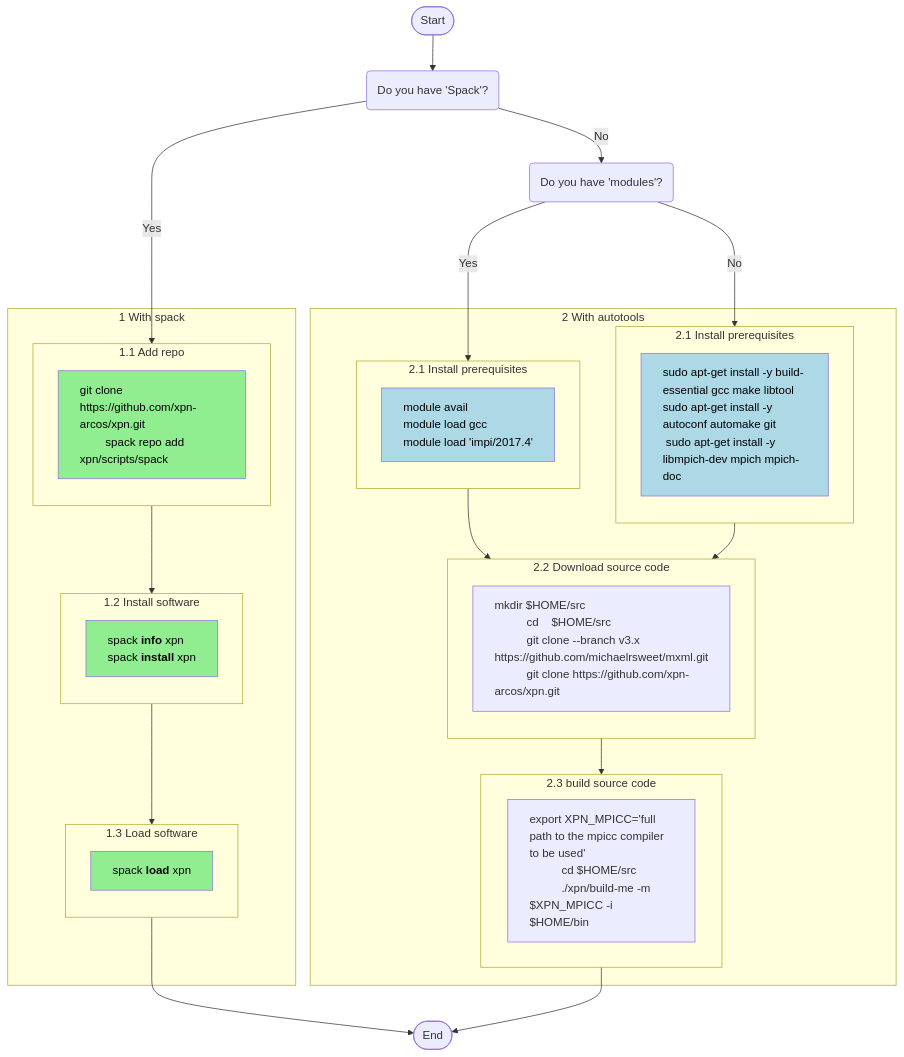
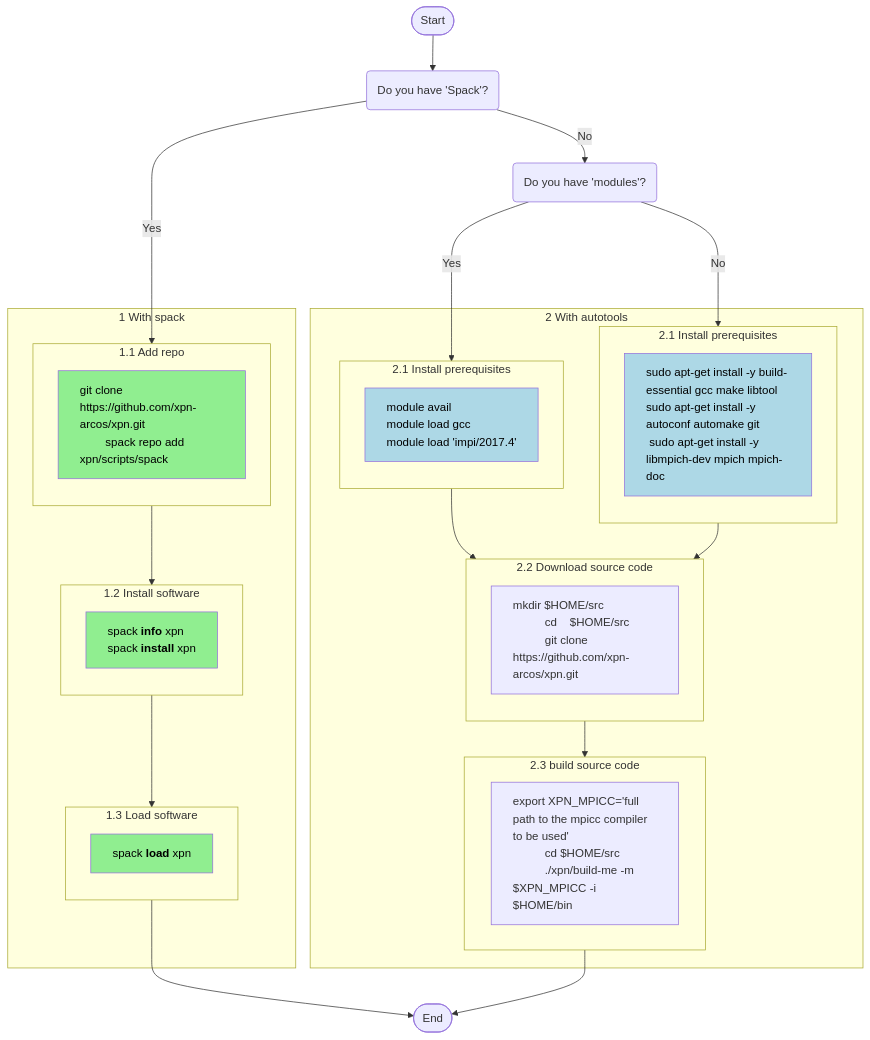
Before and after one commit to xpn-arcos/xpn: the first of 4 diagrams in README.md, drawn with Mermaid. The commit also changed other lines of this file, not shown here.

````diff
--- a/README.md
+++ b/README.md
@@ -23,66 +23,65 @@
   ```mermaid
   %% {init: {"flowchart": {"defaultRenderer": "elk"}} }%%
   flowchart TD
     A([Start]) --> B("Do you have 'Spack'?")
     B -- Yes --> ide11
     B -- No --> Y1("Do you have 'modules'?")
 
     %% (1) with spack
     subgraph ide1 [1 With spack]
     subgraph ide11 [1.1 Add repo]
        direction TB
        X1["git clone https://github.com/xpn-arcos/xpn.git 
           spack repo add xpn/scripts/spack"]
     end
     subgraph ide12 [1.2 Install software]
        direction TB
        X2["spack <b>info</b> xpn
           spack <b>install</b> xpn"]
     end
     subgraph ide13 [1.3 Load software]
        direction TB
        X3["spack <b>load</b> xpn"]
     end
     classDef lt text-align:left,fill:lightgreen,color:black; 
     class X1,X2,X3 lt;
     ide11 --> ide12
     ide12 --> ide13
     end
     ide13 --> I([End])
 
     Y1-- Yes --> ide21a
     Y1-- No ---> ide21b
     subgraph ide2 [2 With autotools]
     subgraph ide21a [2.1 Install prerequisites]
        direction TB
        Y1A["module avail <br> module load gcc<br> module load 'impi/2017.4'"]
     end
     subgraph ide21b [2.1 Install prerequisites]
        direction TB
        Y1B["sudo apt-get install -y build-essential gcc make libtool<br>sudo apt-get install -y autoconf automake git<br> sudo apt-get install -y libmpich-dev mpich mpich-doc"]
     end
     subgraph ide22 [2.2 Download source code]
        direction TB
        Y2B["mkdir $HOME/src 
             cd    $HOME/src 
-            git clone --branch v3.x https://github.com/michaelrsweet/mxml.git
             git clone https://github.com/xpn-arcos/xpn.git"]
     end
     subgraph ide23 ["2.3 build source code"]
        direction LR
        Y3B["export XPN_MPICC='full path to the mpicc compiler to be used' 
             cd $HOME/src 
             ./xpn/build-me -m $XPN_MPICC -i $HOME/bin"]
     end
     ide21a --> ide22
     ide21b --> ide22
     ide22 --> ide23
 
     classDef lt2 text-align:left,fill:lightblue,color:black;
     class Y1A,Y1B lt2;
     classDef lt3 text-align:left;
     class Y2B,Y3B lt3;
     end
 
     Y3B --> I([End])
   ```
````
